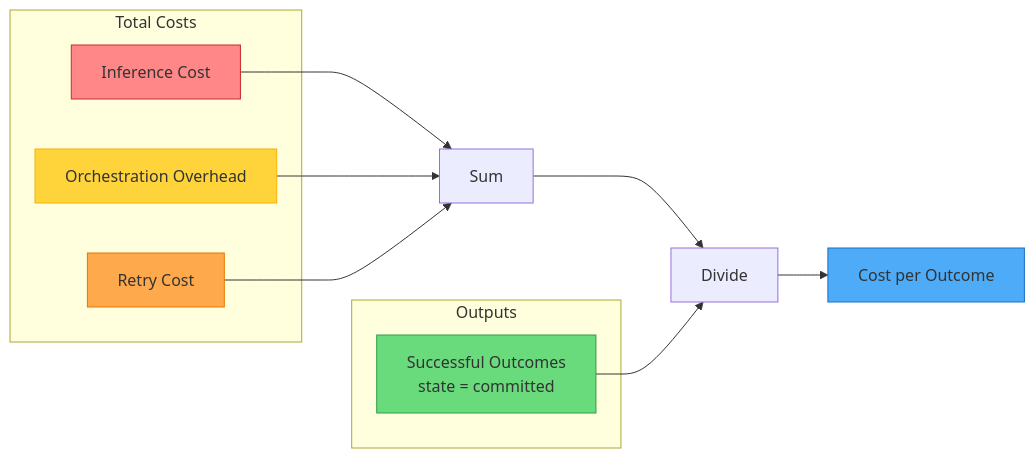
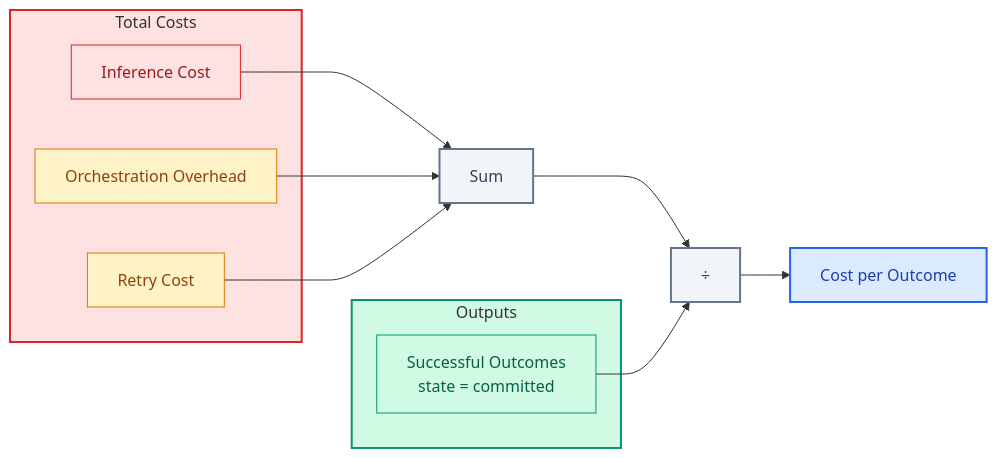
One commit to whoisrade/agentic-field-manual changed the diagram in 03-economics/cost-model.md. Above: the diagram before and after it, drawn with Mermaid. The commit also changed 18 other files, not shown here.

Commit message:
refine mermaid diagrams with enterprise color palette

````diff
--- a/03-economics/cost-model.md
+++ b/03-economics/cost-model.md
@@ -23,23 +23,27 @@
 ```mermaid
 flowchart LR
     subgraph Costs["Total Costs"]
-        IC[Inference Cost]
-        OC[Orchestration Overhead]
-        RC[Retry Cost]
+        IC["Inference Cost"]
+        OC["Orchestration Overhead"]
+        RC["Retry Cost"]
     end
     
     subgraph Outputs["Outputs"]
-        SO[Successful Outcomes<br/>state = committed]
+        SO["Successful Outcomes<br/>state = committed"]
     end
     
-    IC & OC & RC --> Sum[Sum]
-    Sum --> Divide[Divide]
+    IC & OC & RC --> Sum["Sum"]
+    Sum --> Divide["÷"]
     SO --> Divide
-    Divide --> Result[Cost per Outcome]
+    Divide --> Result["Cost per Outcome"]
     
-    style IC fill:#ff8787,stroke:#c92a2a
-    style OC fill:#ffd43b,stroke:#fab005
-    style RC fill:#ffa94d,stroke:#e67700
-    style SO fill:#69db7c,stroke:#2f9e44
-    style Result fill:#4dabf7,stroke:#1971c2
+    style Costs fill:#fee2e2,stroke:#dc2626,stroke-width:2px
+    style Outputs fill:#d1fae5,stroke:#059669,stroke-width:2px
+    style IC fill:#fee2e2,stroke:#dc2626,stroke-width:1px,color:#991b1b
+    style OC fill:#fef3c7,stroke:#d97706,stroke-width:1px,color:#92400e
+    style RC fill:#fef3c7,stroke:#d97706,stroke-width:1px,color:#92400e
+    style SO fill:#d1fae5,stroke:#059669,stroke-width:1px,color:#065f46
+    style Sum fill:#f1f5f9,stroke:#64748b,stroke-width:2px,color:#334155
+    style Divide fill:#f1f5f9,stroke:#64748b,stroke-width:2px,color:#334155
+    style Result fill:#dbeafe,stroke:#2563eb,stroke-width:2px,color:#1e40af
 ```
````
